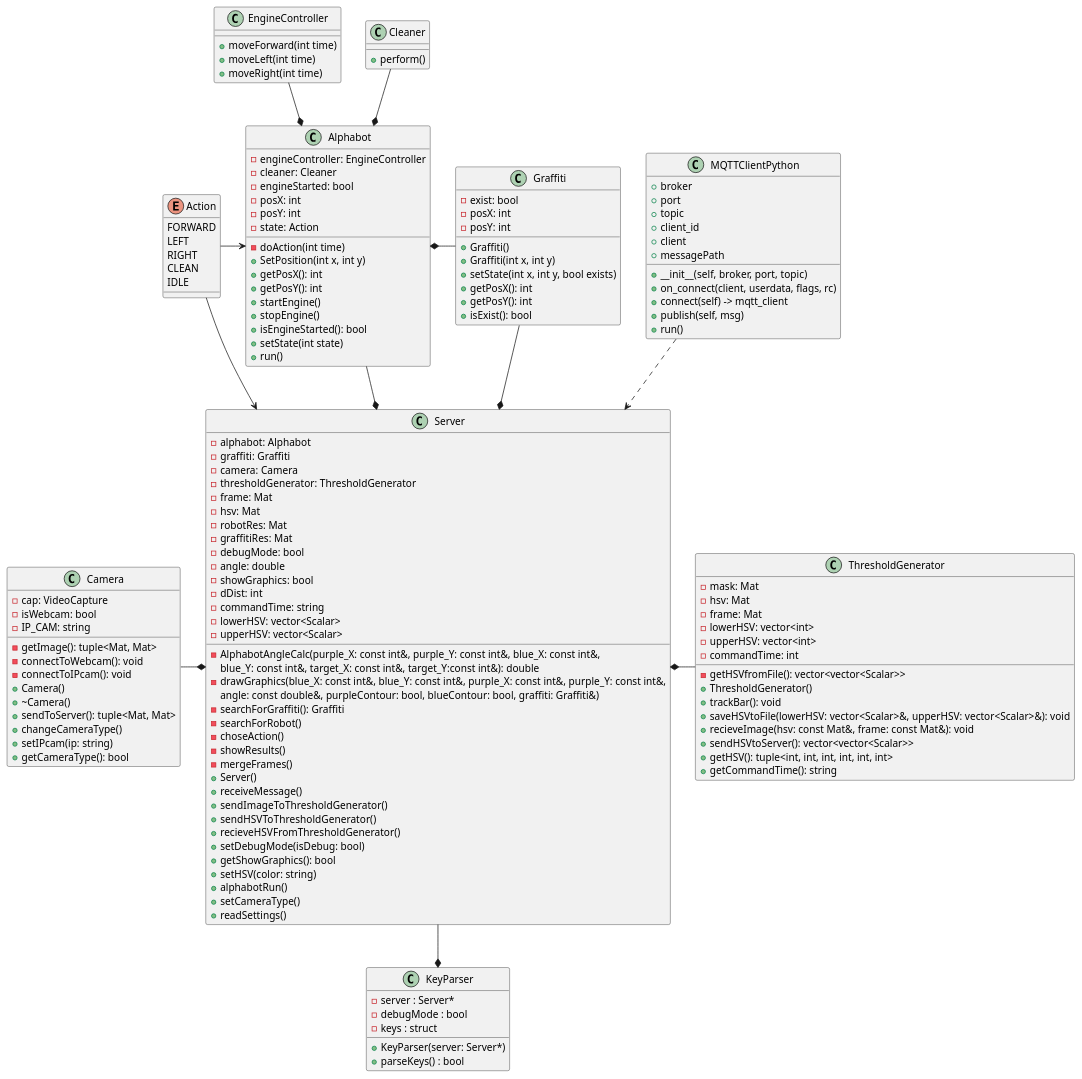
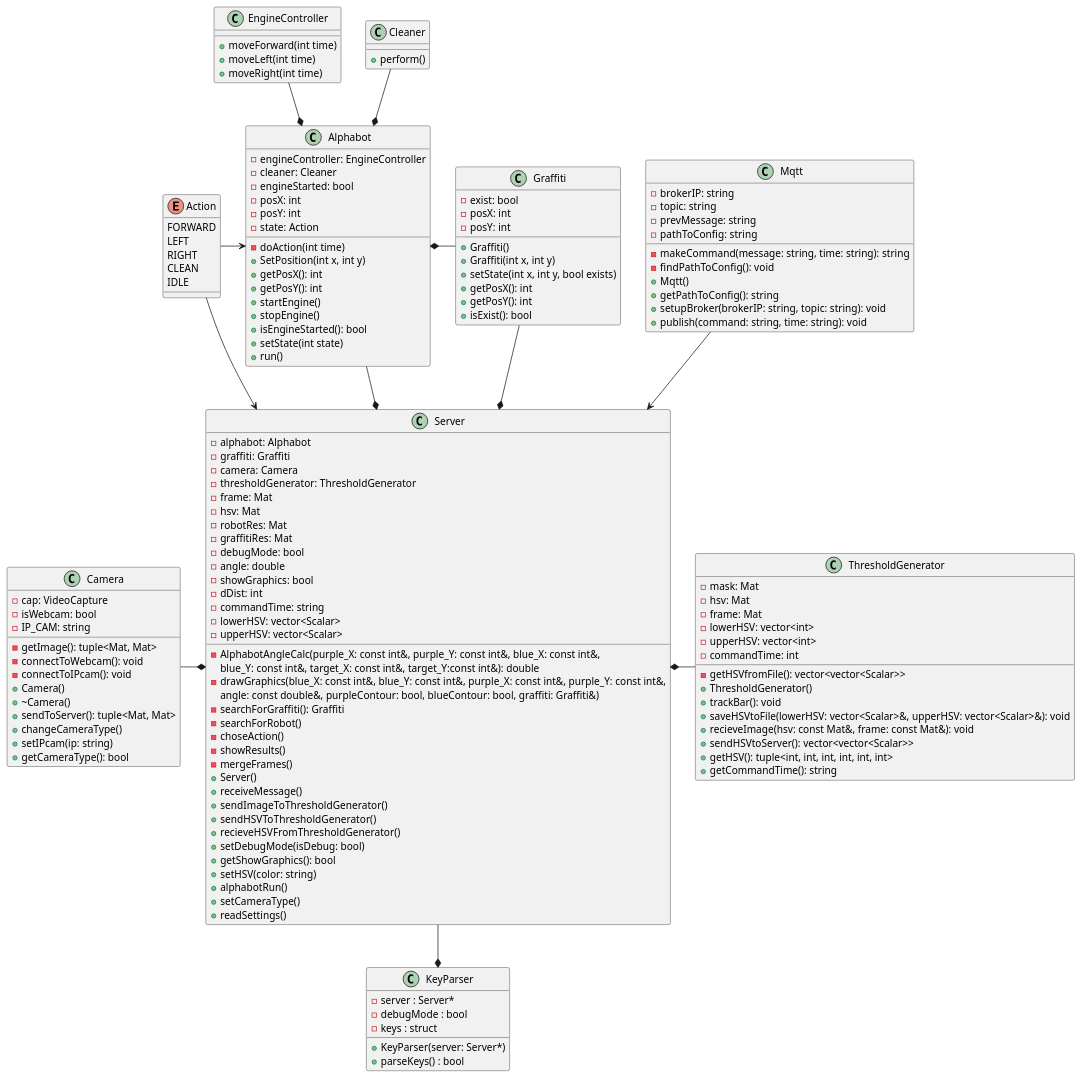
The diagram in docs/plantUML.wsd (kolganovr/Alphabot), drawn with PlantUML before and after one commit. The commit also changed 9 other files, not shown here.

```diff
--- a/docs/plantUML.wsd
+++ b/docs/plantUML.wsd
@@ -1,154 +1,153 @@
 @startuml Alphabot
 
 enum Action {
     FORWARD
     LEFT
     RIGHT
     CLEAN
     IDLE
 }
 
 class EngineController {
     + moveForward(int time)
     + moveLeft(int time)
     + moveRight(int time)
 }
 
 class Cleaner {
     + perform()
 }
 
 class Camera {
     - cap: VideoCapture
     - isWebcam: bool
     - IP_CAM: string
     - getImage(): tuple<Mat, Mat>
     - connectToWebcam(): void
     - connectToIPcam(): void
     + Camera()
     + ~Camera()
     + sendToServer(): tuple<Mat, Mat>
     + changeCameraType()
     + setIPcam(ip: string)
     + getCameraType(): bool
 }
 
 class Graffiti {
     - exist: bool
     - posX: int
     - posY: int
     + Graffiti()
     + Graffiti(int x, int y)
     + setState(int x, int y, bool exists)
     + getPosX(): int
     + getPosY(): int
     + isExist(): bool
 }
 
 class Alphabot {
     - engineController: EngineController
     - cleaner: Cleaner
     - engineStarted: bool
     - posX: int
     - posY: int
     - state: Action
     - doAction(int time)
     + SetPosition(int x, int y)
     + getPosX(): int
     + getPosY(): int
     + startEngine()
     + stopEngine()
     + isEngineStarted(): bool
     + setState(int state)
     + run()
 }
 
 class ThresholdGenerator {
     - mask: Mat
     - hsv: Mat
     - frame: Mat
     - lowerHSV: vector<int>
     - upperHSV: vector<int>
     - commandTime: int
     - getHSVfromFile(): vector<vector<Scalar>>
     + ThresholdGenerator()
     + trackBar(): void
     + saveHSVtoFile(lowerHSV: vector<Scalar>&, upperHSV: vector<Scalar>&): void
     + recieveImage(hsv: const Mat&, frame: const Mat&): void
     + sendHSVtoServer(): vector<vector<Scalar>>
     + getHSV(): tuple<int, int, int, int, int, int>
     + getCommandTime(): string
 }
 
 class Server {
 - alphabot: Alphabot
 - graffiti: Graffiti
 - camera: Camera
 - thresholdGenerator: ThresholdGenerator
 - frame: Mat
 - hsv: Mat
 - robotRes: Mat
 - graffitiRes: Mat
 - debugMode: bool
 - angle: double
 - showGraphics: bool
 - dDist: int
 - commandTime: string
 - lowerHSV: vector<Scalar>
 - upperHSV: vector<Scalar>
 - AlphabotAngleCalc(purple_X: const int&, purple_Y: const int&, blue_X: const int&, 
 blue_Y: const int&, target_X: const int&, target_Y:const int&): double
 - drawGraphics(blue_X: const int&, blue_Y: const int&, purple_X: const int&, purple_Y: const int&, 
 angle: const double&, purpleContour: bool, blueContour: bool, graffiti: Graffiti&)
 - searchForGraffiti(): Graffiti
 - searchForRobot()
 - choseAction()
 - showResults()
 - mergeFrames()
 + Server()
 + receiveMessage()
 + sendImageToThresholdGenerator()
 + sendHSVToThresholdGenerator()
 + recieveHSVFromThresholdGenerator()
 + setDebugMode(isDebug: bool)
 + getShowGraphics(): bool
 + setHSV(color: string)
 + alphabotRun()
 + setCameraType()
 + readSettings()
 }
 
 class KeyParser {
     -server : Server*
     -debugMode : bool
     -keys : struct
     +KeyParser(server: Server*)
     +parseKeys() : bool
 }
 
-class MQTTClientPython {
-    + broker
-    + port
-    + topic
-    + client_id
-    + client
-    + messagePath
-    + __init__(self, broker, port, topic)
-    + on_connect(client, userdata, flags, rc)
-    + connect(self) -> mqtt_client
-    + publish(self, msg)
-    + run()
+class Mqtt {
+- brokerIP: string
+- topic: string
+- prevMessage: string
+- pathToConfig: string
+- makeCommand(message: string, time: string): string
+- findPathToConfig(): void
++ Mqtt()
++ getPathToConfig(): string
++ setupBroker(brokerIP: string, topic: string): void
++ publish(command: string, time: string): void
 }
 
 EngineController --* Alphabot
 Cleaner --* Alphabot
 Alphabot *- Graffiti
 Action -> Alphabot
 Action --> Server
 Graffiti --* Server
 Server *- ThresholdGenerator
 Camera -* Server
 Alphabot --* Server
 Server --* KeyParser
-MQTTClientPython ..> Server
+Mqtt --> Server
 @enduml
```
